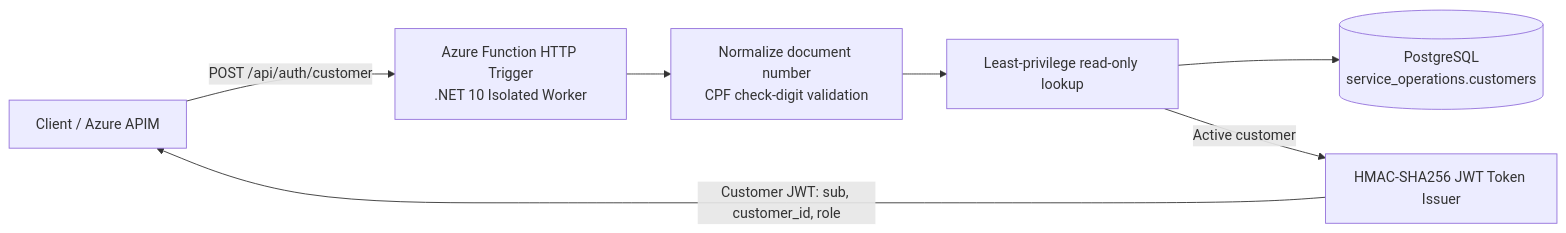
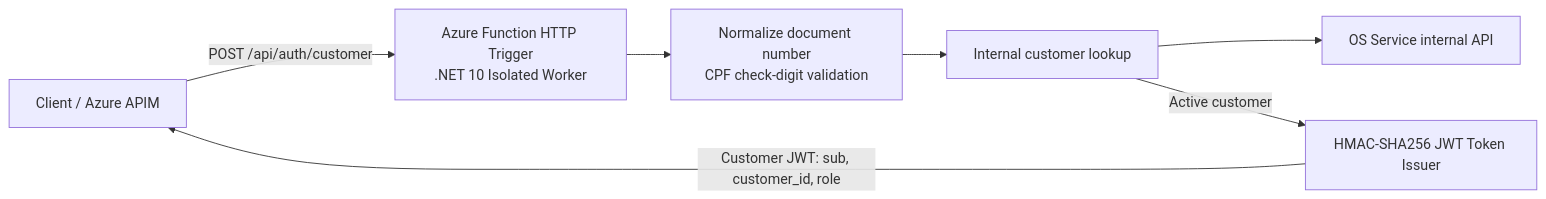
One commit to RiseOn-CatCar/catcar-auth-function changed the diagram in README.md. Above: the diagram before and after it, drawn with Mermaid. The commit also changed other lines of this file and 10 other files, not shown here.

First line of the commit message:
feat: look up customers through OS service

````diff
--- a/README.md
+++ b/README.md
@@ -9,9 +9,9 @@
 ```mermaid
 flowchart LR
     Client[Client / Azure APIM] -->|POST /api/auth/customer| Trigger[Azure Function HTTP Trigger<br/>.NET 10 Isolated Worker]
     Trigger --> Validate[Normalize document number<br/>CPF check-digit validation]
-    Validate --> Lookup[Least-privilege read-only lookup]
-    Lookup --> Customers[(PostgreSQL<br/>service_operations.customers)]
+    Validate --> Lookup[Internal customer lookup]
+    Lookup --> Customers[OS Service internal API]
     Lookup -->|Active customer| Issuer[HMAC-SHA256 JWT Token Issuer]
     Issuer -->|Customer JWT: sub, customer_id, role| Client
 ```
````
